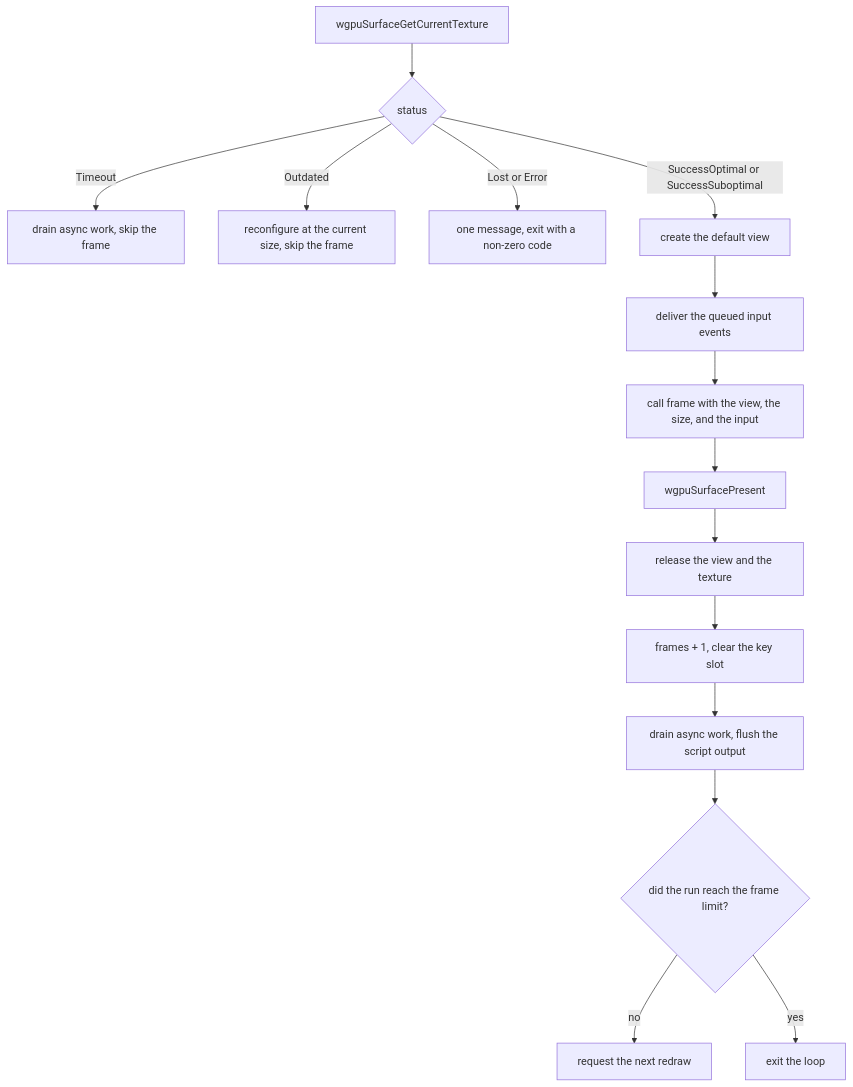
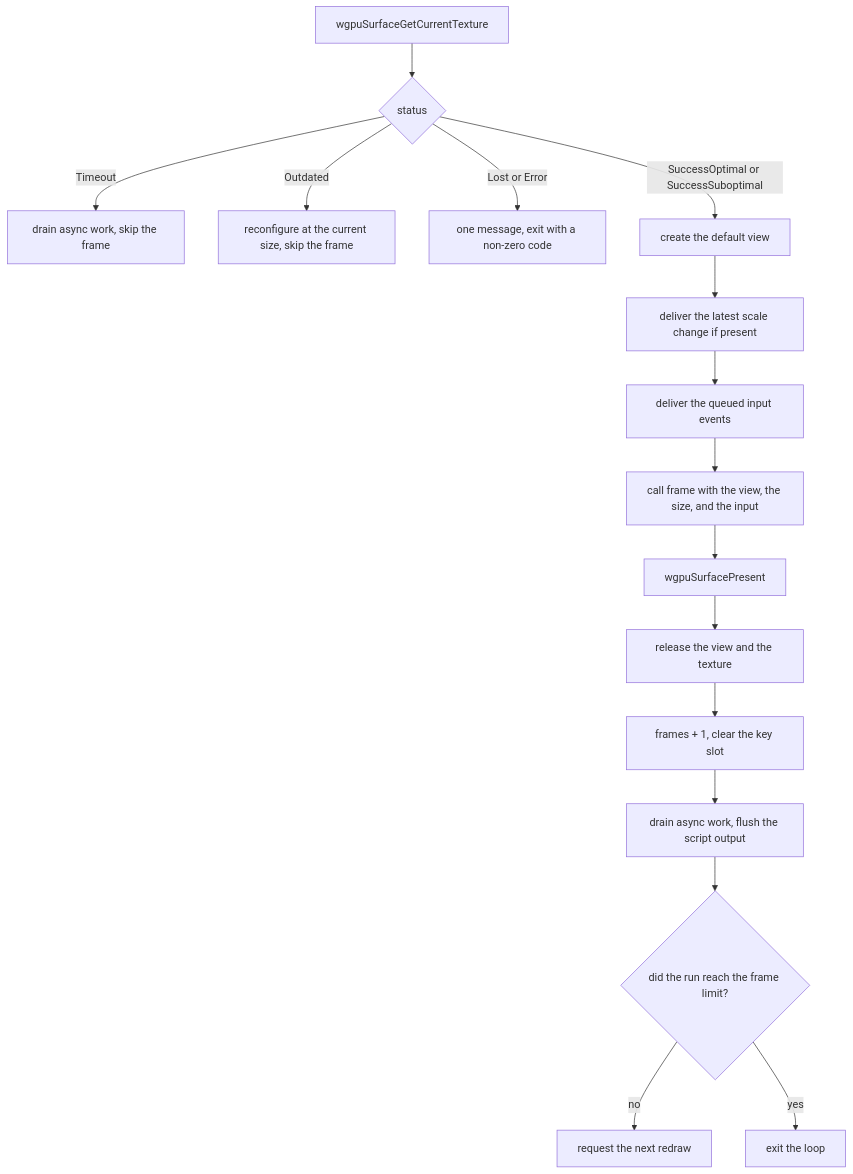
One commit to infosia/subscript-typegpu changed the fifth of 5 diagrams in docs/windowed-program.md. Above: the diagram before and after it, drawn with Mermaid. The commit also changed other lines of this file and 35 other files, not shown here.

````diff
--- a/docs/windowed-program.md
+++ b/docs/windowed-program.md
@@ -744,17 +746,18 @@
 ```mermaid
 flowchart TD
     A["wgpuSurfaceGetCurrentTexture"] --> B{"status"}
     B -->|Timeout| C["drain async work, skip the frame"]
     B -->|Outdated| D["reconfigure at the current size, skip the frame"]
     B -->|Lost or Error| E["one message, exit with a non-zero code"]
     B -->|SuccessOptimal or SuccessSuboptimal| F["create the default view"]
-    F --> G["deliver the queued input events"]
+    F --> S["deliver the latest scale change if present"]
+    S --> G["deliver the queued input events"]
     G --> H["call frame with the view, the size, and the input"]
     H --> I["wgpuSurfacePresent"]
     I --> J["release the view and the texture"]
     J --> K["frames + 1, clear the key slot"]
     K --> L["drain async work, flush the script output"]
     L --> M{"did the run reach the frame limit?"}
     M -->|no| N["request the next redraw"]
     M -->|yes| O["exit the loop"]
 ```
````
